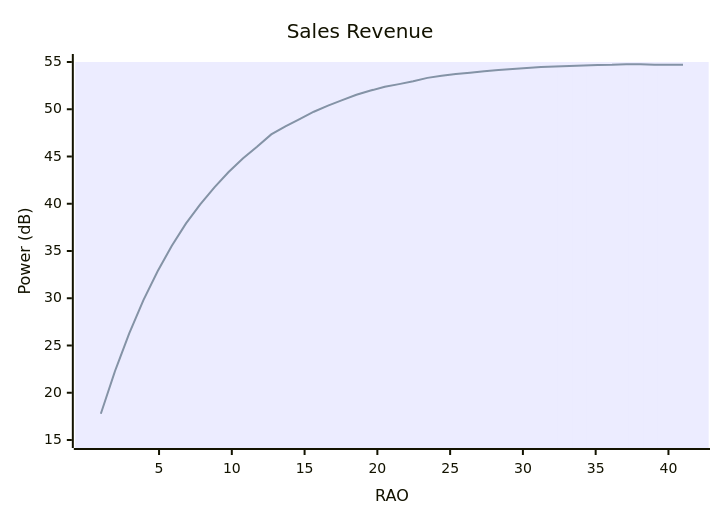
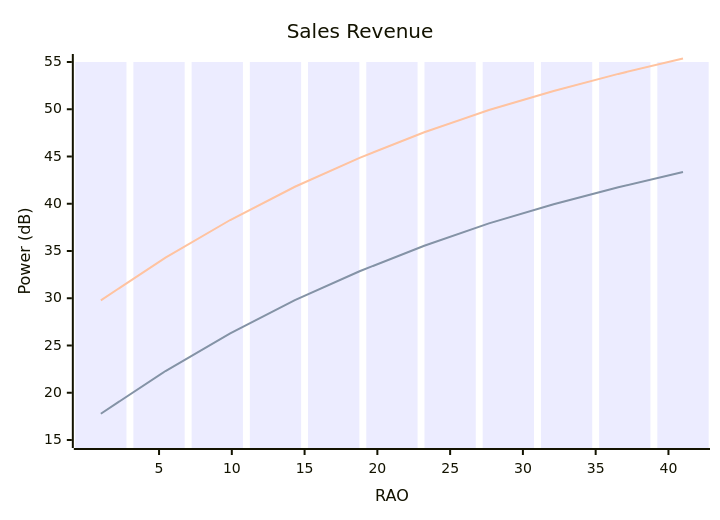
Before and after one commit to bmw-ece-ntust/wilfrid-prach-attack-analysis: the sixth of 8 diagrams in docs/20250310 Thesis (Basic Msg1 Model).md, drawn with Mermaid.

Commit message:
Update 20250310 Thesis (Basic Msg1 Model).md

````diff
--- a/docs/20250310 Thesis (Basic Msg1 Model).md
+++ b/docs/20250310 Thesis (Basic Msg1 Model).md
@@ -171,8 +171,9 @@
 ```mermaid
 xychart-beta
     title "Sales Revenue"
     x-axis RAO 1 --> 41
     y-axis "Power (dB)" 15 --> 55
-    bar [55, 55, 55, 55, 55, 55, 55, 55, 55, 55, 55, 55, 55, 55, 55, 55, 55, 55, 55, 55, 55, 55, 55, 55, 55, 55, 55, 55, 55, 55, 55, 55, 55, 55, 55, 55, 55, 55, 55, 55, 55, 55]
-    line [17.78, 22.3, 26.28, 29.8, 32.86, 35.56, 37.92, 39.94, 41.74, 43.36, 44.78, 46.02, 47.34, 48.2, 48.96, 49.74, 50.38, 50.96, 51.54, 51.98, 52.38, 52.66, 52.96, 53.32, 53.54, 53.72, 53.86, 54.02, 54.16, 54.26, 54.36, 54.46, 54.52, 54.58, 54.64, 54.68, 54.7, 54.76, 54.76, 54.72, 54.72, 54.72]
+    bar [55, 55, 55, 55, 55, 55, 55, 55, 55, 55, 55]
+    line [17.78, 22.3, 26.28, 29.8, 32.86, 35.56, 37.92, 39.94, 41.74, 43.36]
+    line [29.78, 34.3, 38.28, 41.8, 44.86, 47.56, 49.92, 51.94, 53.74, 55.36]
 ```
````
